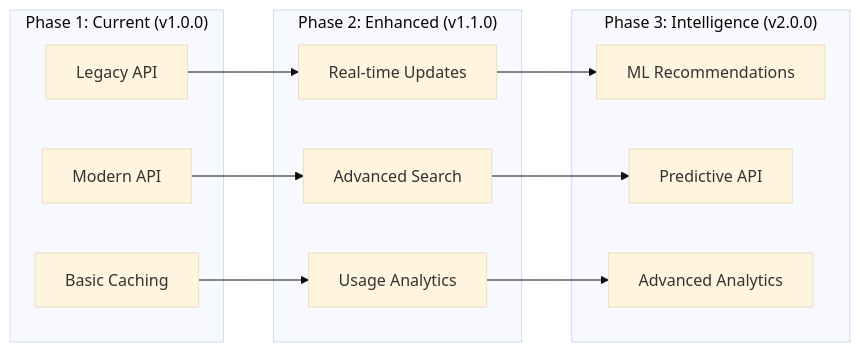
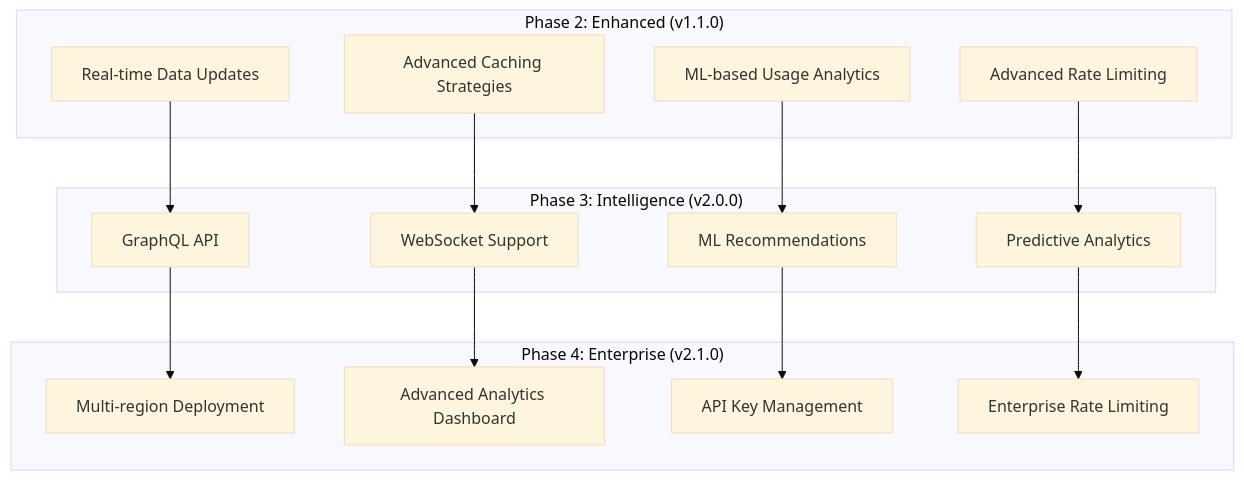
One commit to mxwllalpha/kodepos-worker changed diagram 25 of 25 in docs/architecture.md. Above: the diagram before and after it, drawn with Mermaid (base theme). The commit also changed other lines of this file and 25 other files, not shown here.

First line of the commit message:
fix: resolve TypeScript compilation errors and update database schema

````diff
--- a/docs/architecture.md
+++ b/docs/architecture.md
@@ -732,28 +1121,33 @@
 ```mermaid
-graph LR
-    subgraph "Phase 1: Current (v1.0.0)"
-        LegacyAPI[Legacy API]
-        ModernAPI[Modern API]
-        BasicCache[Basic Caching]
-    end
-
+graph TB
     subgraph "Phase 2: Enhanced (v1.1.0)"
-        RealTimeUpdates[Real-time Updates]
-        AdvancedSearch[Advanced Search]
-        Analytics[Usage Analytics]
+        RealTimeUpdates[Real-time Data Updates]
+        AdvancedCaching[Advanced Caching Strategies]
+        ML_Usage[ML-based Usage Analytics]
+        RateLimiting_Advanced[Advanced Rate Limiting]
     end
 
     subgraph "Phase 3: Intelligence (v2.0.0)"
-        MLRecommendations[ML Recommendations]
-        PredictiveAPI[Predictive API]
-        AdvancedAnalytics[Advanced Analytics]
+        GraphQL_API[GraphQL API]
+        WebSocket_Support[WebSocket Support]
+        ML_Recommendations[ML Recommendations]
+        Predictive_API[Predictive Analytics]
     end
 
-    LegacyAPI --> RealTimeUpdates
-    ModernAPI --> AdvancedSearch
-    BasicCache --> Analytics
+    subgraph "Phase 4: Enterprise (v2.1.0)"
+        Multi_Region[Multi-region Deployment]
+        Advanced_Analytics[Advanced Analytics Dashboard]
+        API_Keys[API Key Management]
+        RateLimiting_Enterprise[Enterprise Rate Limiting]
+    end
 
-    RealTimeUpdates --> MLRecommendations
-    AdvancedSearch --> PredictiveAPI
-    Analytics --> AdvancedAnalytics
+    RealTimeUpdates --> GraphQL_API
+    AdvancedCaching --> WebSocket_Support
+    ML_Usage --> ML_Recommendations
+    RateLimiting_Advanced --> Predictive_API
+
+    GraphQL_API --> Multi_Region
+    WebSocket_Support --> Advanced_Analytics
+    ML_Recommendations --> API_Keys
+    Predictive_API --> RateLimiting_Enterprise
 ```
````
